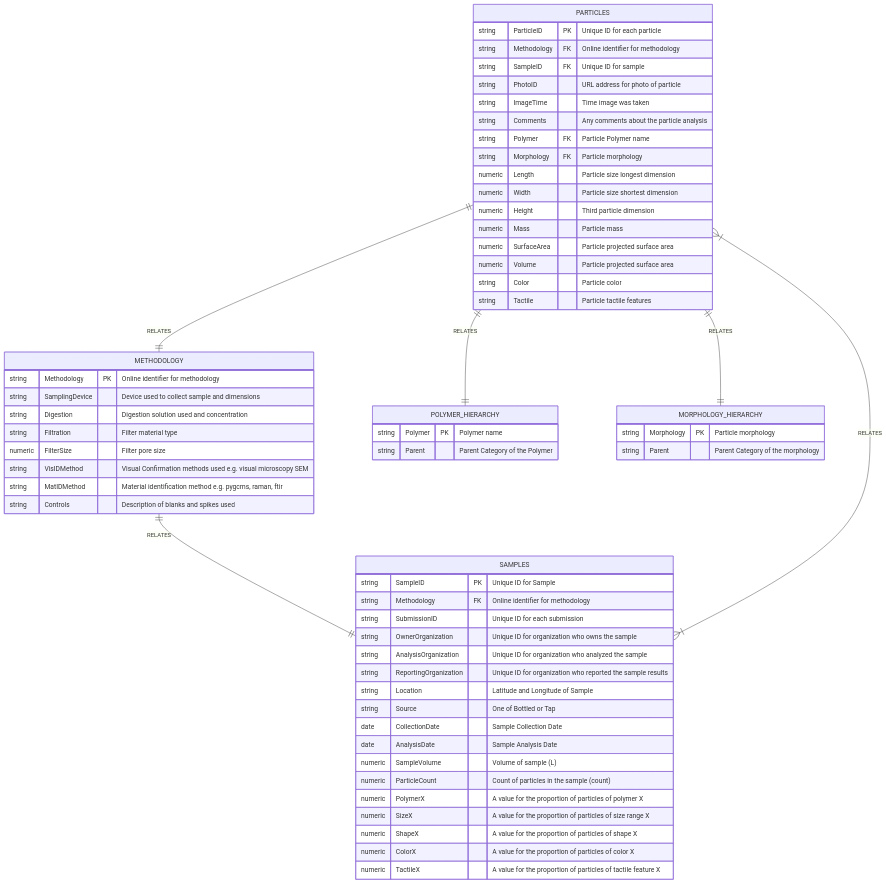
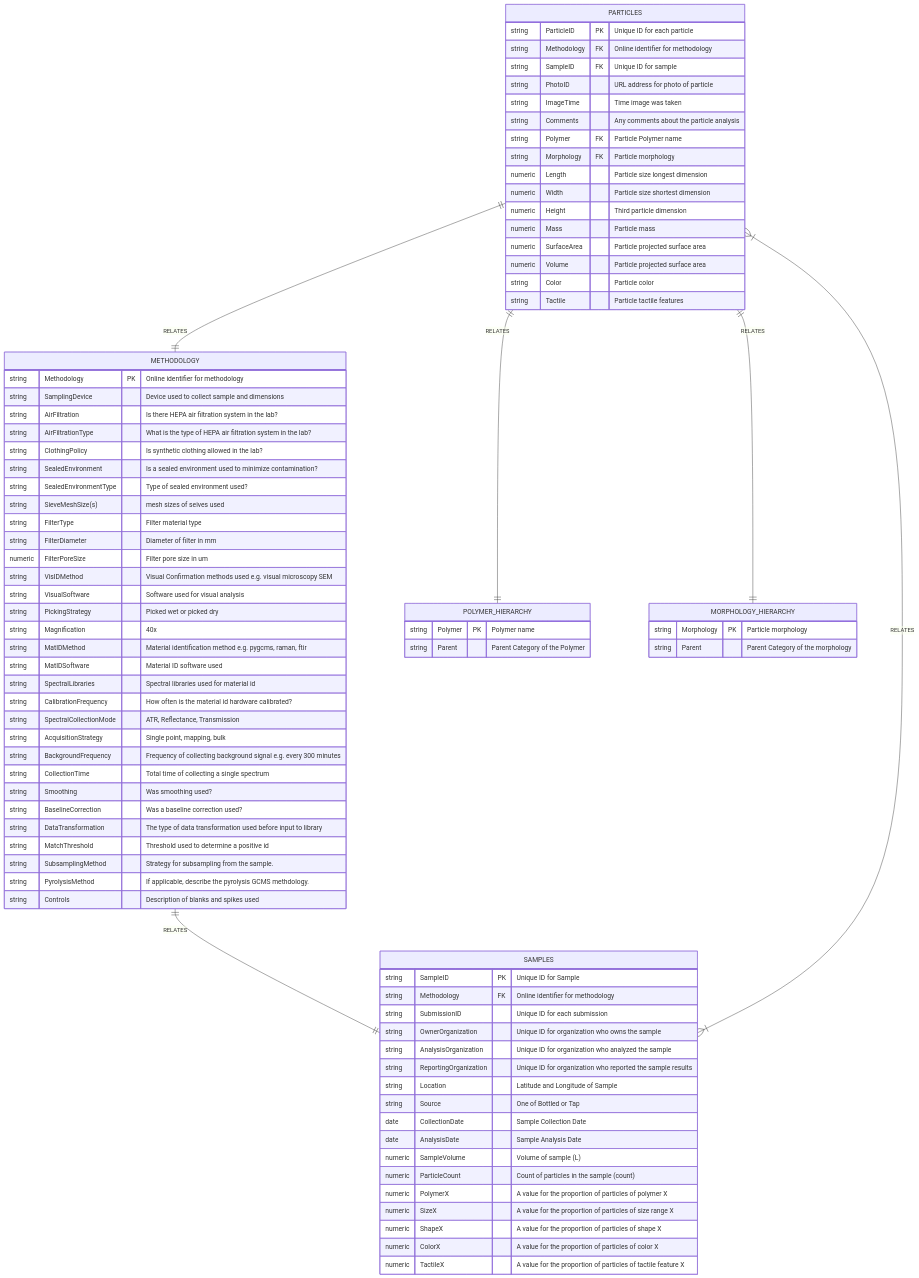
The first of 3 diagrams in README.md (Moore-Institute-4-Plastic-Pollution-Res/Microplastic_Data_Portal), drawn with Mermaid before and after one commit.

```diff
--- a/README.md
+++ b/README.md
@@ -78,11 +78,33 @@
     METHODOLOGY {
         string Methodology PK "Online identifier for methodology"
         string SamplingDevice "Device used to collect sample and dimensions"
-        string Digestion "Digestion solution used and concentration"
-        string Filtration "Filter material type"
-        numeric FilterSize "Filter pore size"
+	string AirFiltration "Is there HEPA air filtration system in the lab?"
+	string AirFiltrationType "What is the type of HEPA air filtration system in the lab?"
+	string ClothingPolicy "Is synthetic clothing allowed in the lab?"
+	string SealedEnvironment "Is a sealed environment used to minimize contamination?"
+	string SealedEnvironmentType "Type of sealed environment used?"
+	string SieveMeshSize(s) "mesh sizes of seives used"
+        string FilterType "Filter material type"
+	string FilterDiameter "Diameter of filter in mm"
+        numeric FilterPoreSize "Filter pore size in um"
         string VisIDMethod "Visual Confirmation methods used e.g. visual microscopy SEM"
+	string VisualSoftware "Software used for visual analysis"
+	string PickingStrategy "Picked wet or picked dry"
+	string Magnification "40x"
         string MatIDMethod "Material identification method e.g. pygcms, raman, ftir"
+	string MatIDSoftware "Material ID software used"
+	string SpectralLibraries "Spectral libraries used for material id"
+	string CalibrationFrequency "How often is the material id hardware calibrated?"
+	string SpectralCollectionMode "ATR, Reflectance, Transmission"
+	string AcquisitionStrategy "Single point, mapping, bulk"
+	string BackgroundFrequency "Frequency of collecting background signal e.g. every 300 minutes"
+	string CollectionTime "Total time of collecting a single spectrum"
+	string Smoothing "Was smoothing used?"
+	string BaselineCorrection "Was a baseline correction used?"
+	string DataTransformation "The type of data transformation used before input to library"
+	string MatchThreshold "Threshold used to determine a positive id"
+	string SubsamplingMethod "Strategy for subsampling from the sample."
+	string PyrolysisMethod "If applicable, describe the pyrolysis GCMS methdology."
         string Controls "Description of blanks and spikes used"
     } 
       POLYMER_HIERARCHY {
```
